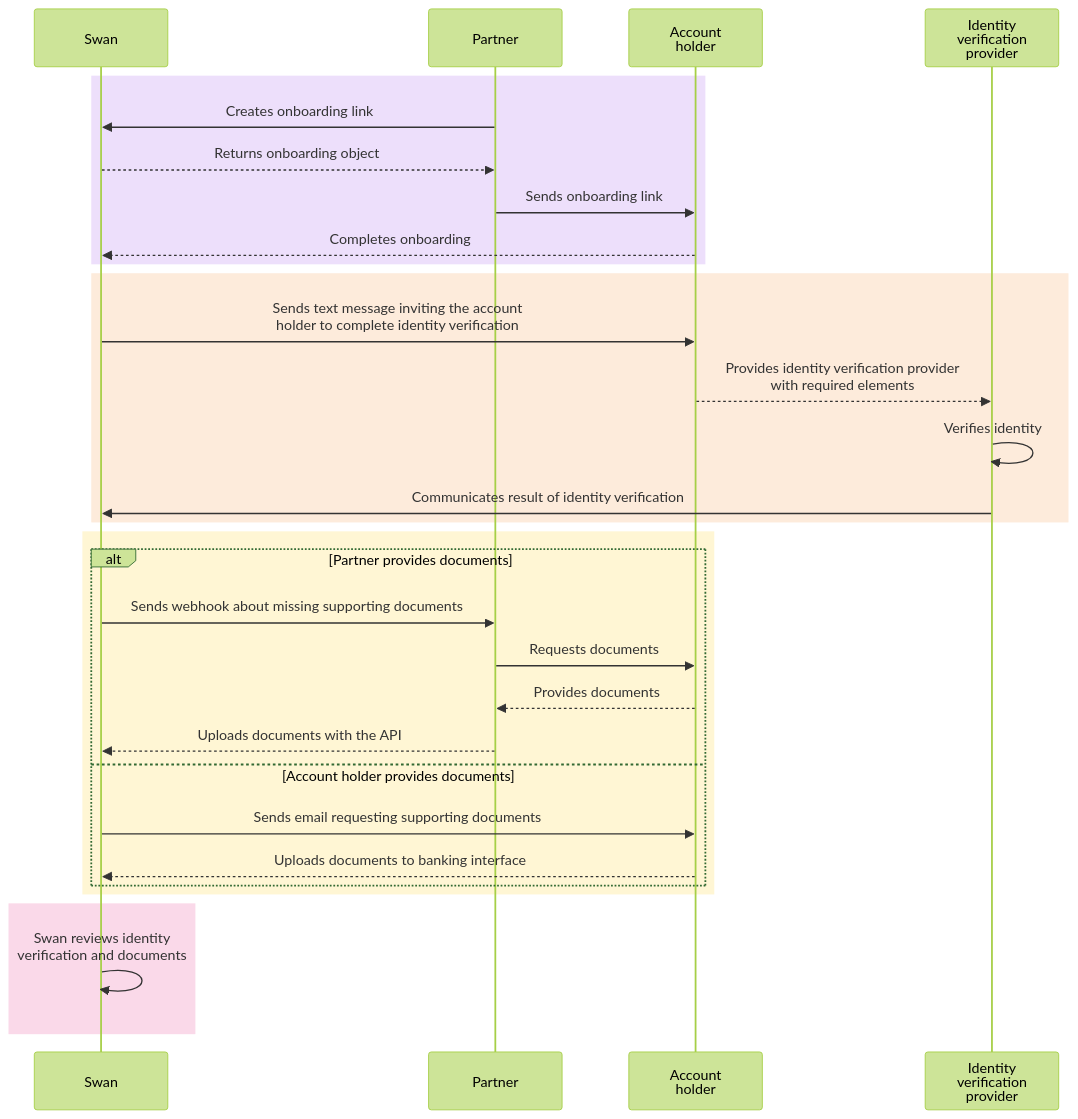
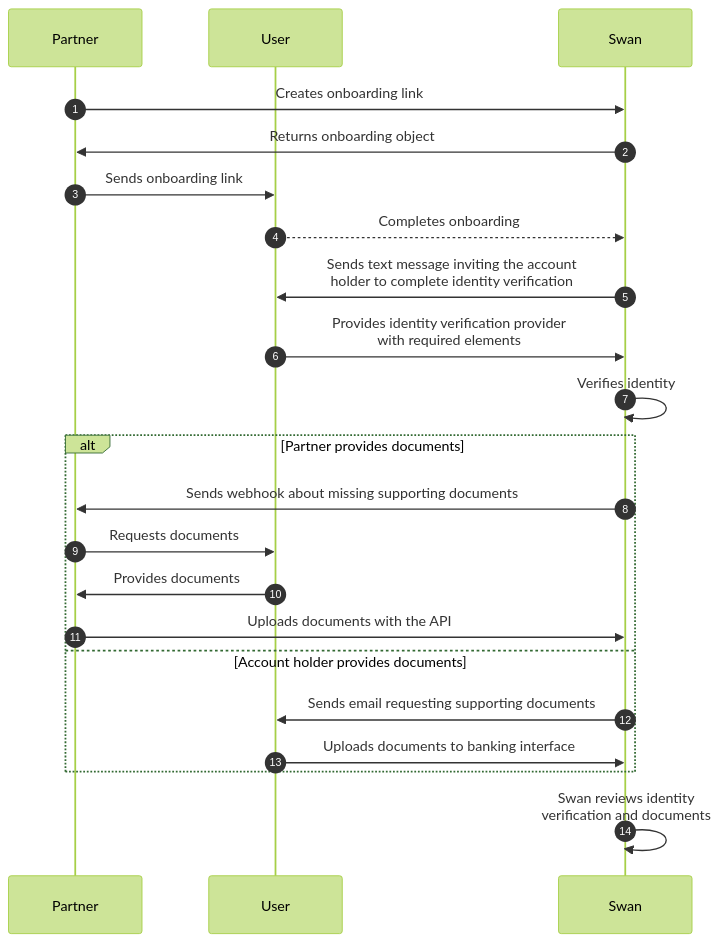
One commit to swan-io/docs changed the second of 2 diagrams in docs/topics/onboarding/account-holders/index.mdx. Above: the diagram before and after it, drawn with Mermaid (forest theme). The commit also changed other lines of this file and 30 other files, not shown here.

````diff
--- a/docs/topics/onboarding/account-holders/index.mdx
+++ b/docs/topics/onboarding/account-holders/index.mdx
@@ -98,33 +97,23 @@
 ```mermaid
-sequenceDiagram
+sequenceDiagram autoNumber
+participant P as Partner
+participant U as User
 participant S as Swan
-participant P as Partner
-participant AH as Account<br/>holder
-participant ID as Identity<br/>verification<br/>provider
-    rect rgb(237,223,251)
     P ->> S: Creates onboarding link
-    S -->> P: Returns onboarding object
-    P ->> AH: Sends onboarding link
-    AH -->> S: Completes onboarding
-    end
-    rect rgb(253,235,219)
-    S ->> AH: Sends text message inviting the account<br/>holder to complete identity verification
-    AH -->> ID: Provides identity verification provider<br/>with required elements
-    ID ->> ID: Verifies identity
-    ID ->> S: Communicates result of identity verification
-    end
-    rect rgb(255,246,212)
+    S ->> P: Returns onboarding object
+    P ->> U: Sends onboarding link
+    U -->> S: Completes onboarding
+    S ->> U: Sends text message inviting the account<br/>holder to complete identity verification
+    U ->> S: Provides identity verification provider<br/>with required elements
+    S ->> S: Verifies identity
     alt Partner provides documents
         S ->> P: Sends webhook about missing supporting documents
-        P ->> AH: Requests documents
-        AH -->> P: Provides documents
-        P -->>S: Uploads documents with the API
+        P ->> U: Requests documents
+        U ->> P: Provides documents
+        P ->>S: Uploads documents with the API
     else Account holder provides documents
-        S ->> AH: Sends email requesting supporting documents
-        AH -->> S: Uploads documents to banking interface
+        S ->> U: Sends email requesting supporting documents
+        U ->> S: Uploads documents to banking interface
     end
-    end
-    rect rgb(250,217,233)
     S ->> S: Swan reviews identity<br/>verification and documents
-    end
 ```
````
